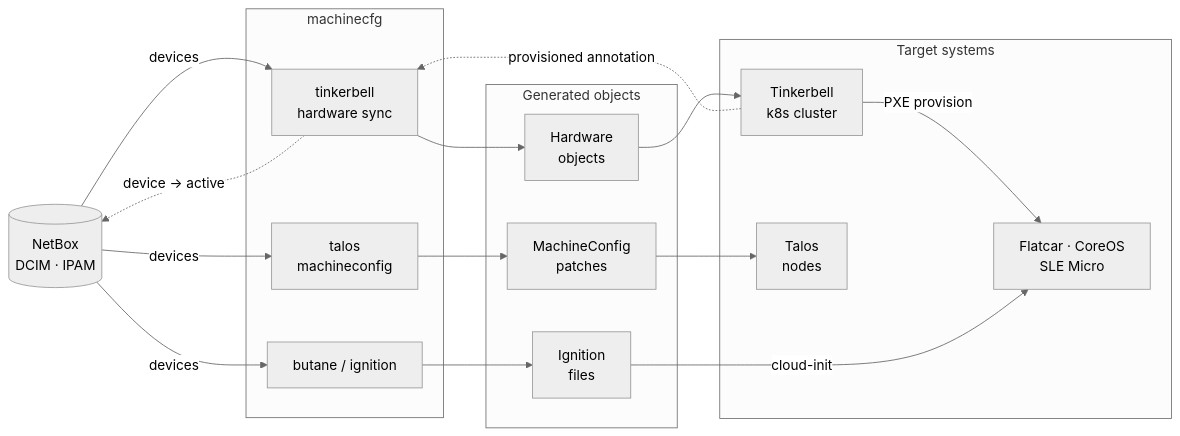
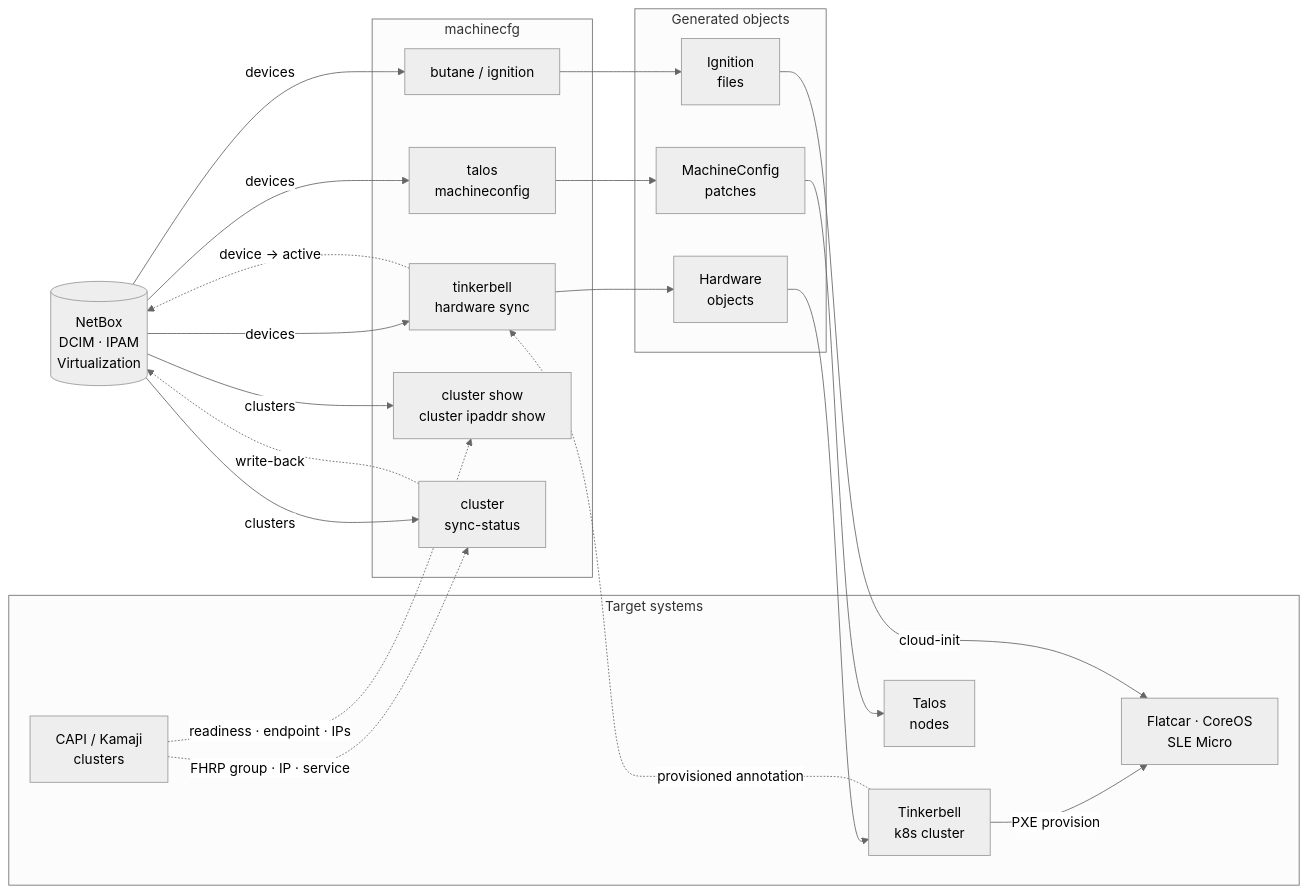
Before and after one commit to mgrzybek/machinecfg: the first of 2 diagrams in README.md, drawn with Mermaid (neutral theme). The commit also changed other lines of this file and 15 other files, not shown here.

````diff
--- a/README.md
+++ b/README.md
@@ -21,38 +23,46 @@
 ```mermaid
 flowchart LR
-    NB[(NetBox<br>DCIM · IPAM)]
+    NB[(NetBox<br>DCIM · IPAM<br>Virtualization)]
 
     subgraph mcfg[machinecfg]
         TB[tinkerbell<br>hardware sync]
         TL[talos<br>machineconfig]
         BT[butane / ignition]
+        CS[cluster show<br>cluster ipaddr show]
+        SS[cluster<br>sync-status]
     end
 
     subgraph out[Generated objects]
         HW[Hardware<br>objects]
         MC[MachineConfig<br>patches]
         IGN[Ignition<br>files]
     end
 
     subgraph targets[Target systems]
         TBK[Tinkerbell<br>k8s cluster]
         TALOS[Talos<br>nodes]
         LX[Flatcar · CoreOS<br>SLE Micro]
+        CAPI[CAPI / Kamaji<br>clusters]
     end
 
     NB -->|devices| TB
     NB -->|devices| TL
     NB -->|devices| BT
+    NB -->|clusters| CS
+    NB -->|clusters| SS
 
     TB --> HW
     TL --> MC
     BT --> IGN
 
     HW --> TBK
     TBK -->|PXE provision| LX
     MC --> TALOS
     IGN -->|cloud-init| LX
 
     TBK -.->|provisioned annotation| TB
     TB -.->|device → active| NB
+    CAPI -.->|readiness · endpoint · IPs| CS
+    CAPI -.->|FHRP group · IP · service| SS
+    SS -.->|write-back| NB
 ```
````
